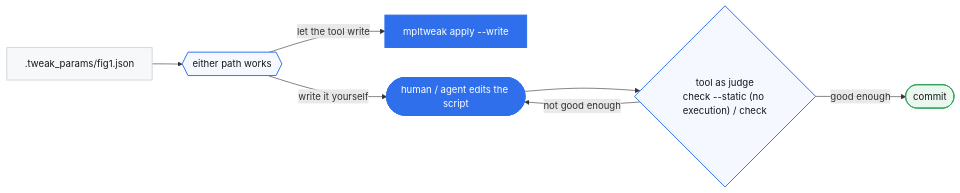
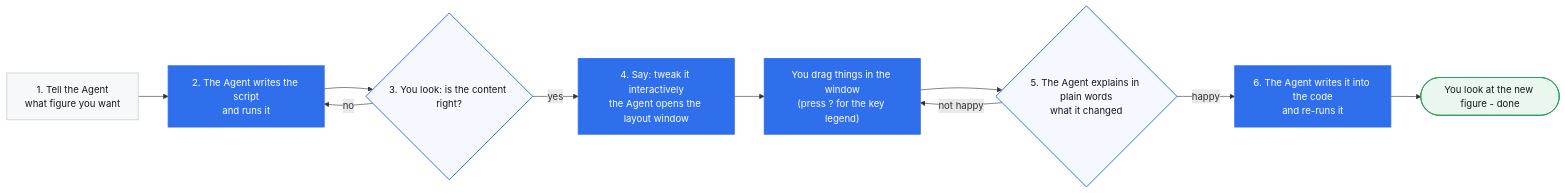
The first of 2 diagrams in README.en.md (shdbl/mpltweak), drawn with Mermaid before and after one commit. The commit also changed other lines of this file and 4 other files, not shown here.

Commit message:
docs: README 新手向改版（章节编号与分隔线、找回命令在哪敲、第 5 章面向小白）+ docs/agent.md 承接 MCP/JSON 契约 + SKILL.md 补环境检查与耗时预期

````diff
--- a/README.en.md
+++ b/README.en.md
@@ -268,14 +268,17 @@
 ```mermaid
 flowchart LR
-    C[".tweak_params/fig1.json"]:::script --> T{{"either path works"}}:::check
-    T -->|let the tool write| W["mpltweak apply --write"]:::win
-    T -->|write it yourself| H(["human / agent edits the script"]):::win
-    H --> V{"tool as judge<br/>check --static (no execution) / check"}:::check
-    V -->|not good enough| H
-    V -->|good enough| Z(["commit"]):::ok
+    A["1. Tell the Agent<br/>what figure you want"]:::script --> B["2. The Agent writes the script<br/>and runs it"]:::win
+    B --> C{"3. You look: is the content right?"}:::check
+    C -->|no| B
+    C -->|yes| D["4. Say: tweak it interactively<br/>the Agent opens the layout window"]:::win
+    D --> E["You drag things in the window<br/>(press ? for the key legend)"]:::win
+    E --> F{"5. The Agent explains in plain words<br/>what it changed"}:::check
+    F -->|not happy| E
+    F -->|happy| G["6. The Agent writes it into the code<br/>and re-runs it"]:::win
+    G --> Z(["You look at the new figure - done"]):::ok
 
     classDef script fill:#F7F8FA,stroke:#C9D1DB,stroke-width:1.4px,color:#16181D
     classDef win fill:#2F6FEB,stroke:#2F6FEB,stroke-width:1.6px,color:#FFFFFF
     classDef check fill:#F5F8FF,stroke:#2F6FEB,stroke-width:1.6px,color:#16181D
     classDef ok fill:#EAF7EF,stroke:#2E9E5B,stroke-width:1.4px,color:#16181D
 ```
````
